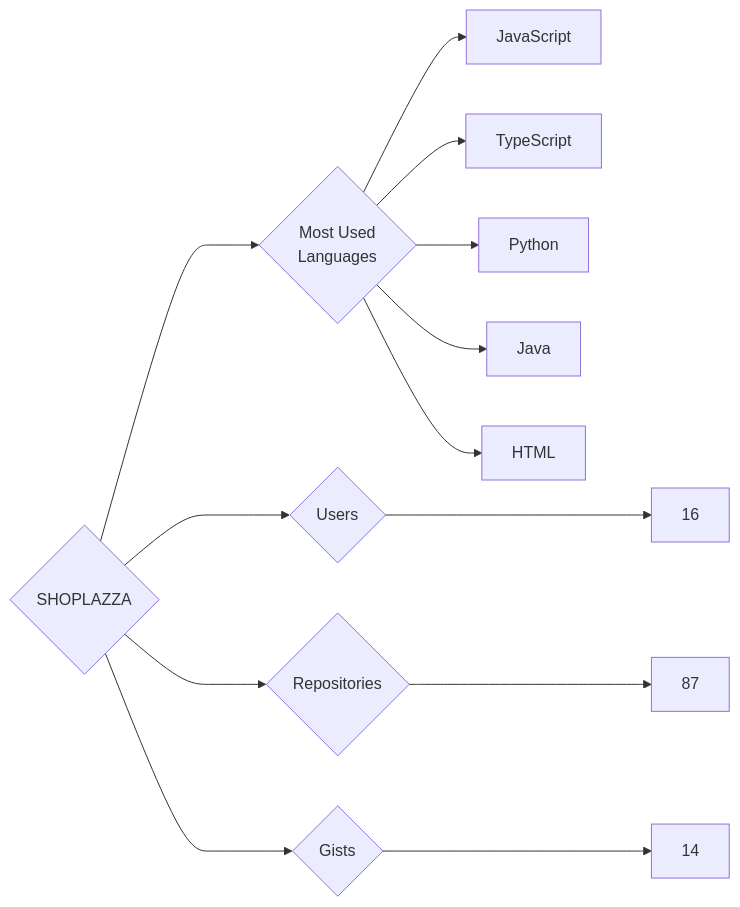
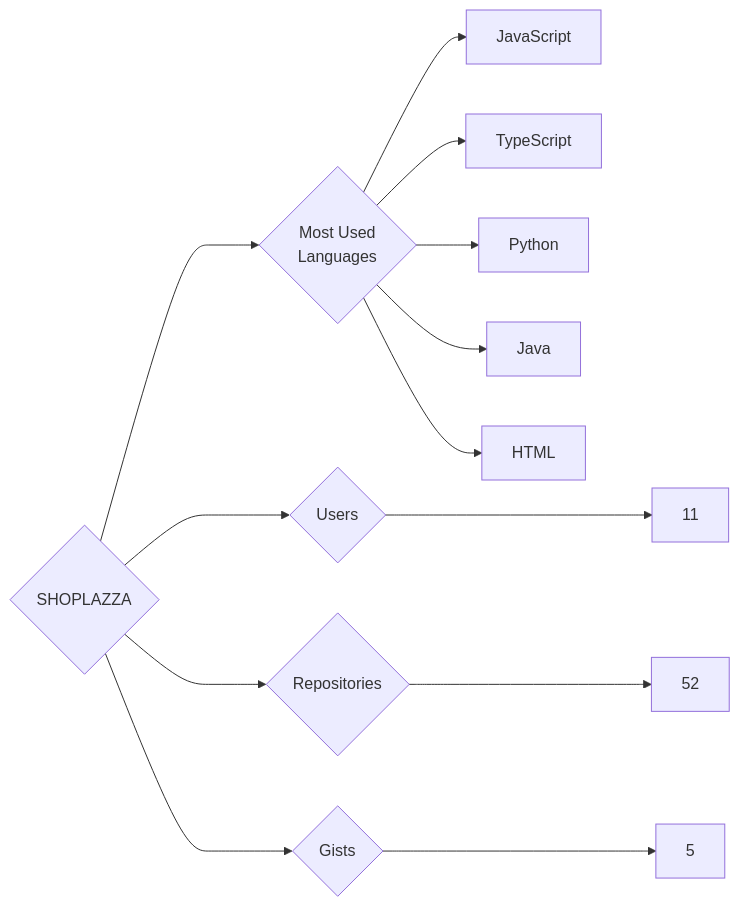
The diagram in targets/SHOPLAZZA/README.md (trickest/insiders), drawn with Mermaid before and after one commit. The commit also changed 1479 other files, not shown here.

````diff
--- a/targets/SHOPLAZZA/README.md
+++ b/targets/SHOPLAZZA/README.md
@@ -3,13 +3,13 @@
 ```mermaid
 graph LR
 COMPANY_NAME{SHOPLAZZA}
-COMPANY_NAME ---> U{Users} ---> UN[16]
-COMPANY_NAME ---> R{Repositories} ---> RN[87]
-COMPANY_NAME ---> G{Gists} ---> GN[14]
+COMPANY_NAME ---> U{Users} ---> UN[11]
+COMPANY_NAME ---> R{Repositories} ---> RN[52]
+COMPANY_NAME ---> G{Gists} ---> GN[5]
 COMPANY_NAME ---> ML{Most Used<br>Languages}
 ML --> JavaScript[JavaScript]
 ML --> TypeScript[TypeScript]
 ML --> Python[Python]
 ML --> Java[Java]
 ML --> HTML[HTML]
 ```
````
